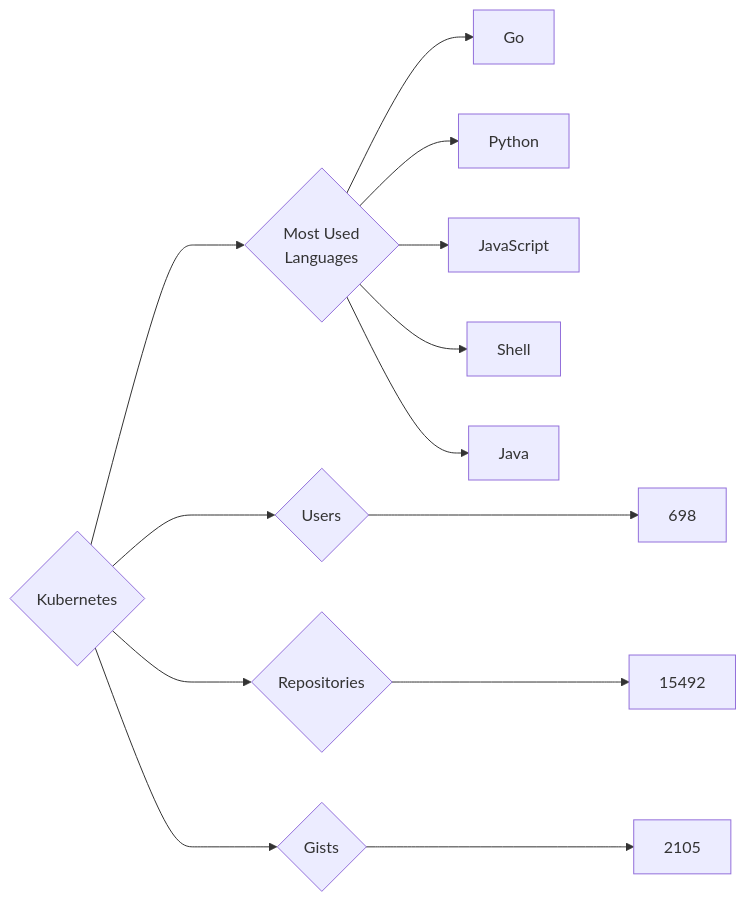
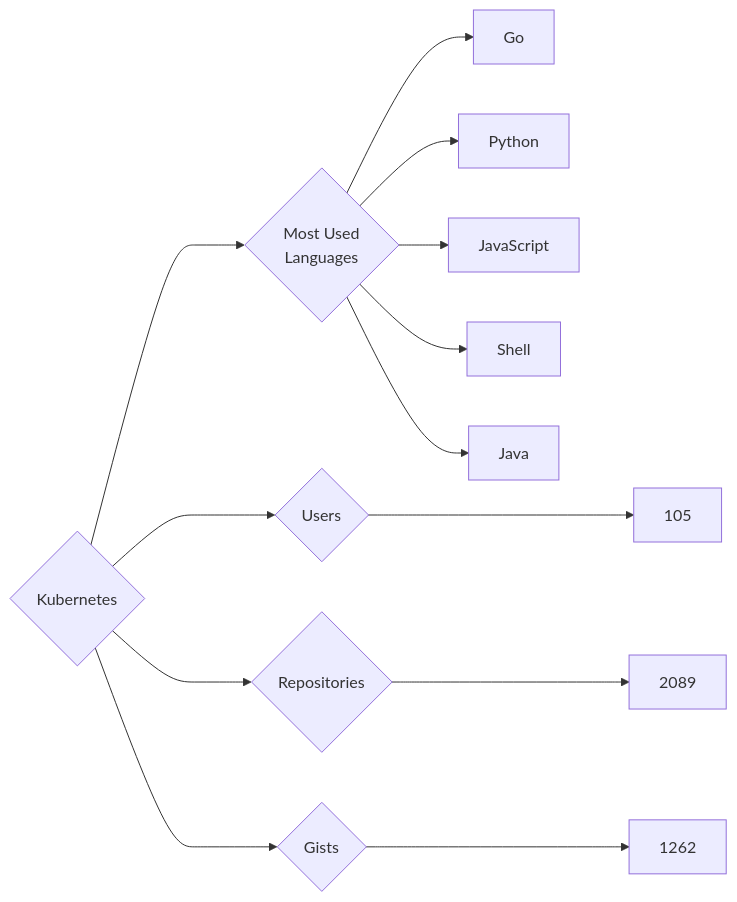
Before and after one commit to trickest/insiders: the diagram in targets/Kubernetes/README.md, drawn with Mermaid. The commit also changed 932 other files, not shown here.

````diff
--- a/targets/Kubernetes/README.md
+++ b/targets/Kubernetes/README.md
@@ -3,13 +3,13 @@
 ```mermaid
 graph LR
 COMPANY_NAME{Kubernetes}
-COMPANY_NAME ---> U{Users} ---> UN[698]
-COMPANY_NAME ---> R{Repositories} ---> RN[15492]
-COMPANY_NAME ---> G{Gists} ---> GN[2105]
+COMPANY_NAME ---> U{Users} ---> UN[105]
+COMPANY_NAME ---> R{Repositories} ---> RN[2089]
+COMPANY_NAME ---> G{Gists} ---> GN[1262]
 COMPANY_NAME ---> ML{Most Used<br>Languages}
 ML --> Go[Go]
 ML --> Python[Python]
 ML --> JavaScript[JavaScript]
 ML --> Shell[Shell]
 ML --> Java[Java]
 ```
````
